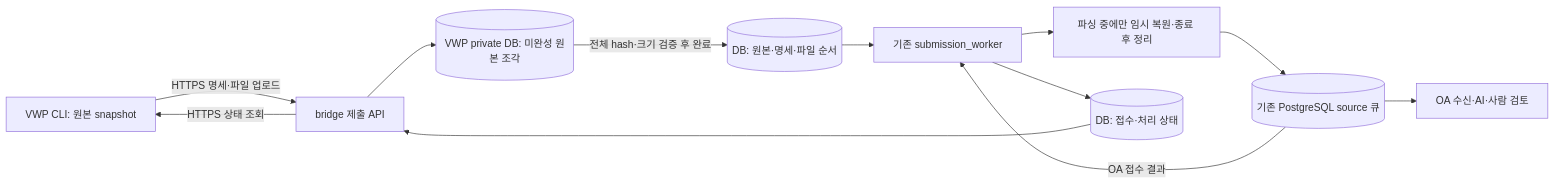
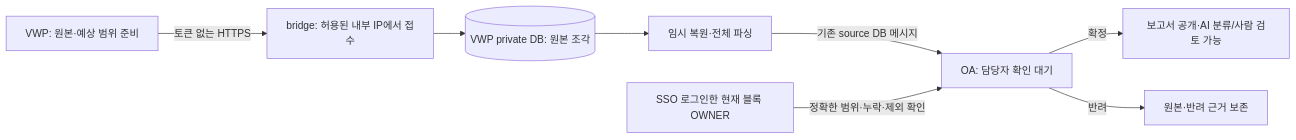
One commit to kyuns-96/sanity_log_parser changed the diagram in vwp/HTTPS_SUBMISSION.md. Above: the diagram before and after it, drawn with Mermaid. The commit also changed other lines of this file and 38 other files, not shown here.

First line of the commit message:
fix(vwp): implement token-free intake with OA owner confirmation

````diff
--- a/vwp/HTTPS_SUBMISSION.md
+++ b/vwp/HTTPS_SUBMISSION.md
@@ -11,14 +7,10 @@
 ```mermaid
 flowchart LR
-    V[VWP CLI: 원본 snapshot] -->|HTTPS 명세·파일 업로드| A[bridge 제출 API]
-    A --> U[(VWP private DB: 미완성 원본 조각)]
-    U -->|전체 hash·크기 검증 후 완료| R[(DB: 원본·명세·파일 순서)]
-    R --> W[기존 submission_worker]
-    W --> T[파싱 중에만 임시 복원·종료 후 정리]
-    T --> D[(기존 PostgreSQL source 큐)]
-    D --> O[OA 수신·AI·사람 검토]
-    D -->|OA 접수 결과| W
-    W --> P[(DB: 접수·처리 상태)]
-    P --> A
-    A -->|HTTPS 상태 조회| V
+    V[VWP: 원본·예상 범위 준비] -->|토큰 없는 HTTPS| B[bridge: 허용된 내부 IP에서 접수]
+    B --> D[(VWP private DB: 원본 조각)]
+    D --> P[임시 복원·전체 파싱]
+    P -->|기존 source DB 메시지| O[OA: 담당자 확인 대기]
+    U[SSO 로그인한 현재 블록 OWNER] -->|정확한 범위·누락·제외 확인| O
+    O -->|확정| R[보고서 공개·AI 분류/사람 검토 가능]
+    O -->|반려| X[원본·반려 근거 보존]
 ```
````
